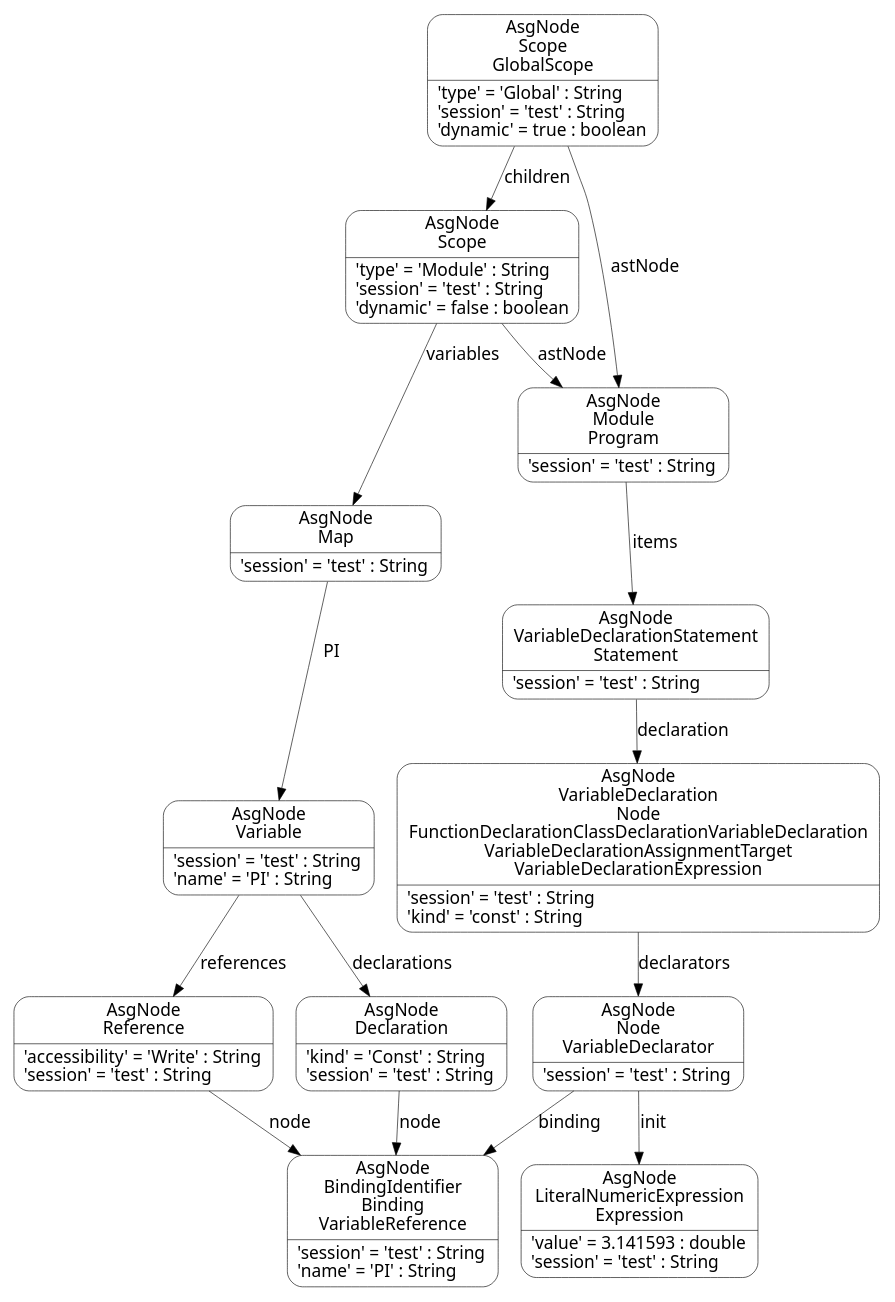
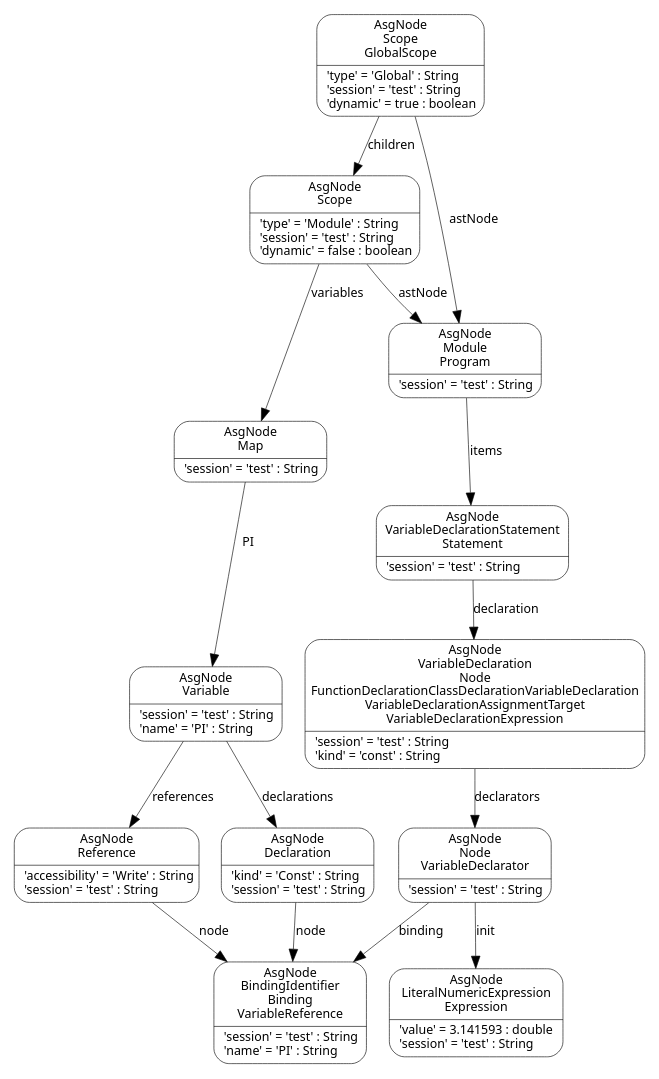
Before and after one commit to luczsoma/bsc-thesis: the diagram in src/figures/codemodel-rifle-asg.dot, drawn with Graphviz. The commit also changed 1 other file, not shown here.

```diff
--- a/src/figures/codemodel-rifle-asg.dot
+++ b/src/figures/codemodel-rifle-asg.dot
@@ -1,91 +1,91 @@
 digraph Neo {
   node [
-    fontsize = "14"
+    fontsize = "10"
     shape = "Mrecord"
     fontname = "Noto Sans"
     penwidth = 0.5
   ]
   edge [
     fontname = "Noto Sans"
-    fontsize = "14"
+    fontsize = "10"
     penwidth = 0.5
   ]
   N5 [
     label = "{AsgNode\nBindingIdentifier\nBinding\nVariableReference|'session' = 'test' : String\l'name' = 'PI' : String\l}"
   ]
   N12 [
     label = "{AsgNode\nVariableDeclaration\nNode\nFunctionDeclarationClassDeclarationVariableDeclaration\nVariableDeclarationAssignmentTarget\n VariableDeclarationExpression|'session' = 'test' : String\l'kind' = 'const' : String\l}"
   ]
   N12 -> N27 [
     label = "declarators\n"
   ]
   N13 [
     label = "{AsgNode\nScope|'type' = 'Module' : String\l'session' = 'test' : String\l'dynamic' = false : boolean\l}"
   ]
   N13 -> N14 [
     label = "variables\n"
   ]
   N13 -> N39 [
     label = "astNode\n"
   ]
   N14 [
     label = "{AsgNode\nMap|'session' = 'test' : String\l}"
   ]
   N14 -> N31 [
     label = "PI\n"
   ]
   N19 [
     label = "{AsgNode\nScope\nGlobalScope|'type' = 'Global' : String\l'session' = 'test' : String\l'dynamic' = true : boolean\l}"
   ]
   N19 -> N39 [
     label = "astNode\n"
   ]
   N19 -> N13 [
     label = "children\n"
   ]
   N20 [
     label = "{AsgNode\nReference|'accessibility' = 'Write' : String\l'session' = 'test' : String\l}"
   ]
   N20 -> N5 [
     label = "node\n"
   ]
   N21 [
     label = "{AsgNode\nVariableDeclarationStatement\nStatement|'session' = 'test' : String\l}"
   ]
   N21 -> N12 [
     label = "declaration\n"
   ]
   N27 [
     label = "{AsgNode\nNode\nVariableDeclarator|'session' = 'test' : String\l}"
   ]
   N27 -> N36 [
     label = "init\n"
   ]
   N27 -> N5 [
     label = "binding\n"
   ]
   N31 [
     label = "{AsgNode\nVariable|'session' = 'test' : String\l'name' = 'PI' : String\l}"
   ]
   N31 -> N20 [
     label = "references\n"
   ]
   N31 -> N37 [
     label = "declarations\n"
   ]
   N36 [
     label = "{AsgNode\nLiteralNumericExpression\nExpression|'value' = 3.141593 : double\l'session' = 'test' : String\l}"
   ]
   N37 [
     label = "{AsgNode\nDeclaration|'kind' = 'Const' : String\l'session' = 'test' : String\l}"
   ]
   N37 -> N5 [
     label = "node\n"
   ]
   N39 [
     label = "{AsgNode\nModule\nProgram|'session' = 'test' : String\l}"
   ]
   N39 -> N21 [
     label = "items\n"
   ]
 }
```
